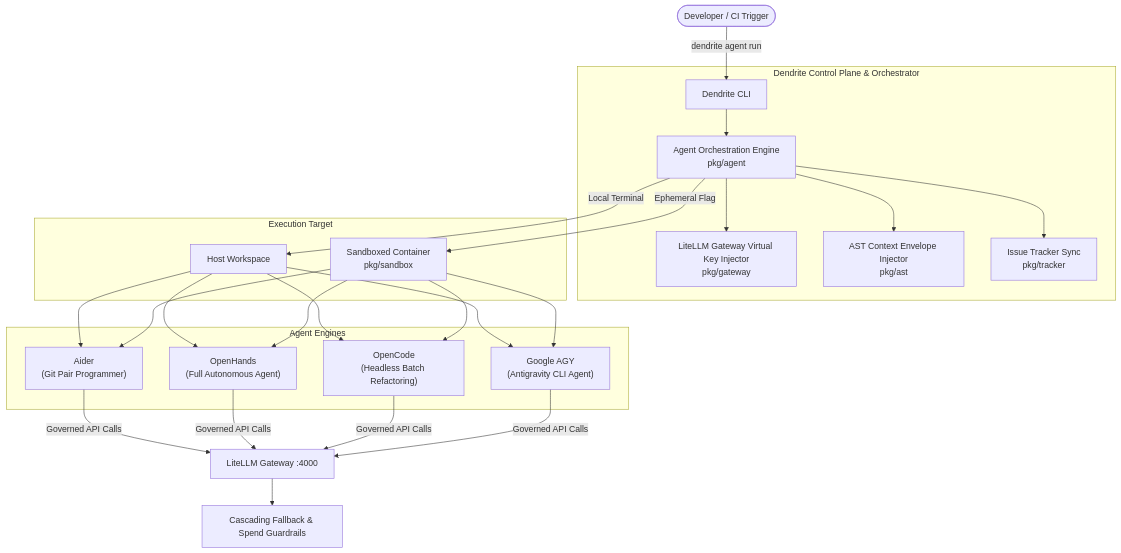
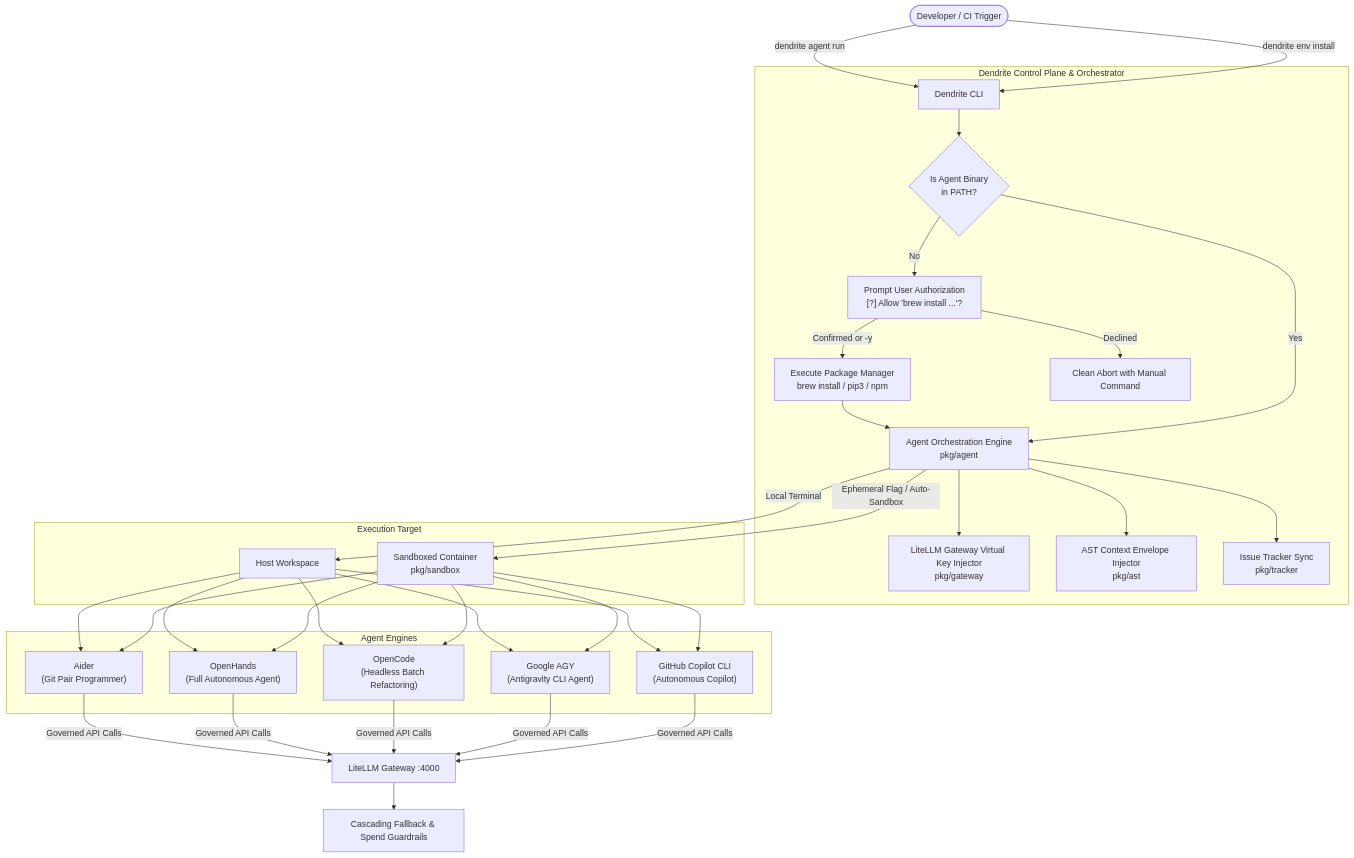
One commit to yasuomaidana/dendrite changed the diagram in docs/features/FEAT-013-agentic-coding-tools.md. Above: the diagram before and after it, drawn with Mermaid. The commit also changed other lines of this file and 15 other files, not shown here.

Commit message:
[DEN-024] feat(agent): integrate package manager workflow for missing agents with user permission prompt

````diff
--- a/docs/features/FEAT-013-agentic-coding-tools.md
+++ b/docs/features/FEAT-013-agentic-coding-tools.md
@@ -48,26 +62,33 @@
 ```mermaid
 flowchart TD
     User([Developer / CI Trigger]) -->|dendrite agent run <tool>| CLI[Dendrite CLI]
+    User -->|dendrite env install <tool>| CLI
     
     subgraph "Dendrite Control Plane & Orchestrator"
-        CLI --> AgentEngine[Agent Orchestration Engine<br/>pkg/agent]
+        CLI --> DetectCheck{Is Agent Binary<br/>in PATH?}
+        DetectCheck -->|No| PromptInstall["Prompt User Authorization<br/>[?] Allow 'brew install ...'?"]
+        PromptInstall -->|Confirmed or -y| ExecBrew["Execute Package Manager<br/>brew install / pip3 / npm"]
+        PromptInstall -->|Declined| Abort[Clean Abort with Manual Command]
+        ExecBrew --> AgentEngine[Agent Orchestration Engine<br/>pkg/agent]
+        DetectCheck -->|Yes| AgentEngine
         AgentEngine --> TokenGov[LiteLLM Gateway Virtual Key Injector<br/>pkg/gateway]
         AgentEngine --> ContextGen[AST Context Envelope Injector<br/>pkg/ast]
         AgentEngine --> TrackerSync[Issue Tracker Sync<br/>pkg/tracker]
     end
 
     subgraph "Execution Target"
         AgentEngine -->|Local Terminal| HostExec[Host Workspace]
-        AgentEngine -->|Ephemeral Flag| SandboxExec[Sandboxed Container<br/>pkg/sandbox]
+        AgentEngine -->|Ephemeral Flag / Auto-Sandbox| SandboxExec[Sandboxed Container<br/>pkg/sandbox]
     end
 
     subgraph "Agent Engines"
         HostExec & SandboxExec --> Aider["Aider<br/>(Git Pair Programmer)"]
         HostExec & SandboxExec --> OpenHands["OpenHands<br/>(Full Autonomous Agent)"]
         HostExec & SandboxExec --> OpenCode["OpenCode<br/>(Headless Batch Refactoring)"]
         HostExec & SandboxExec --> AGY["Google AGY<br/>(Antigravity CLI Agent)"]
+        HostExec & SandboxExec --> Copilot["GitHub Copilot CLI<br/>(Autonomous Copilot)"]
     end
 
-    Aider & OpenHands & OpenCode & AGY -->|Governed API Calls| Gateway[LiteLLM Gateway :4000]
+    Aider & OpenHands & OpenCode & AGY & Copilot -->|Governed API Calls| Gateway[LiteLLM Gateway :4000]
     Gateway --> Fallback[Cascading Fallback & Spend Guardrails]
 ```
````
